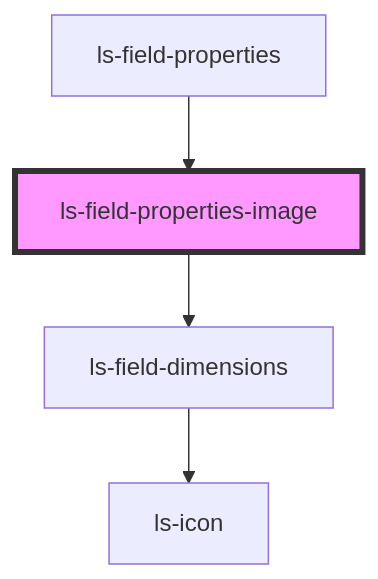
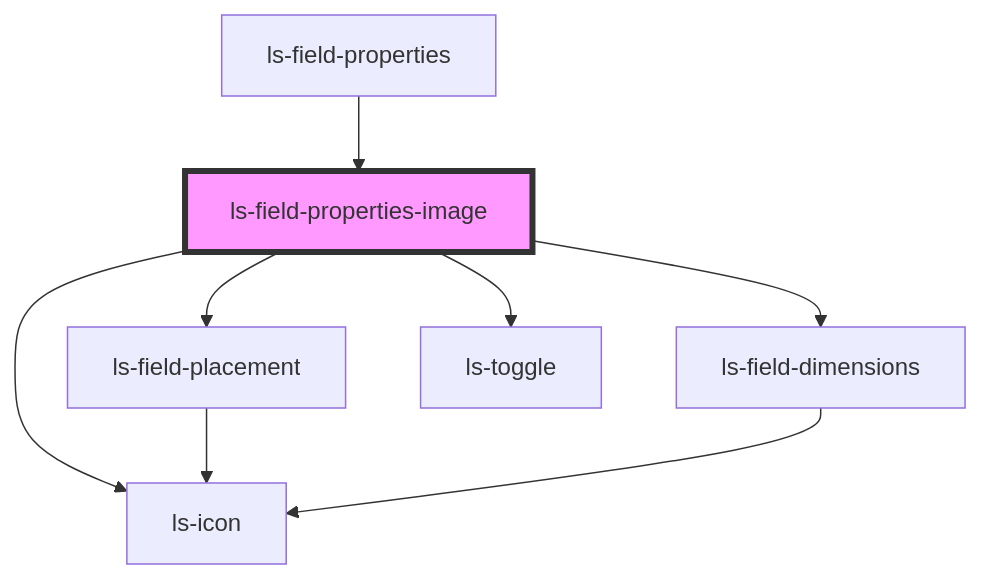
The diagram in src/components/ls-field-properties-image/readme.md (legalesign/ls-document-viewer), drawn with Mermaid before and after one commit. The commit also changed other lines of this file and 15 other files, not shown here.

````diff
--- a/src/components/ls-field-properties-image/readme.md
+++ b/src/components/ls-field-properties-image/readme.md
@@ -26,7 +30,11 @@
 ```mermaid
 graph TD;
+  ls-field-properties-image --> ls-field-placement
   ls-field-properties-image --> ls-field-dimensions
+  ls-field-properties-image --> ls-icon
+  ls-field-properties-image --> ls-toggle
+  ls-field-placement --> ls-icon
   ls-field-dimensions --> ls-icon
   ls-field-properties --> ls-field-properties-image
   style ls-field-properties-image fill:#f9f,stroke:#333,stroke-width:4px
 ```
````
